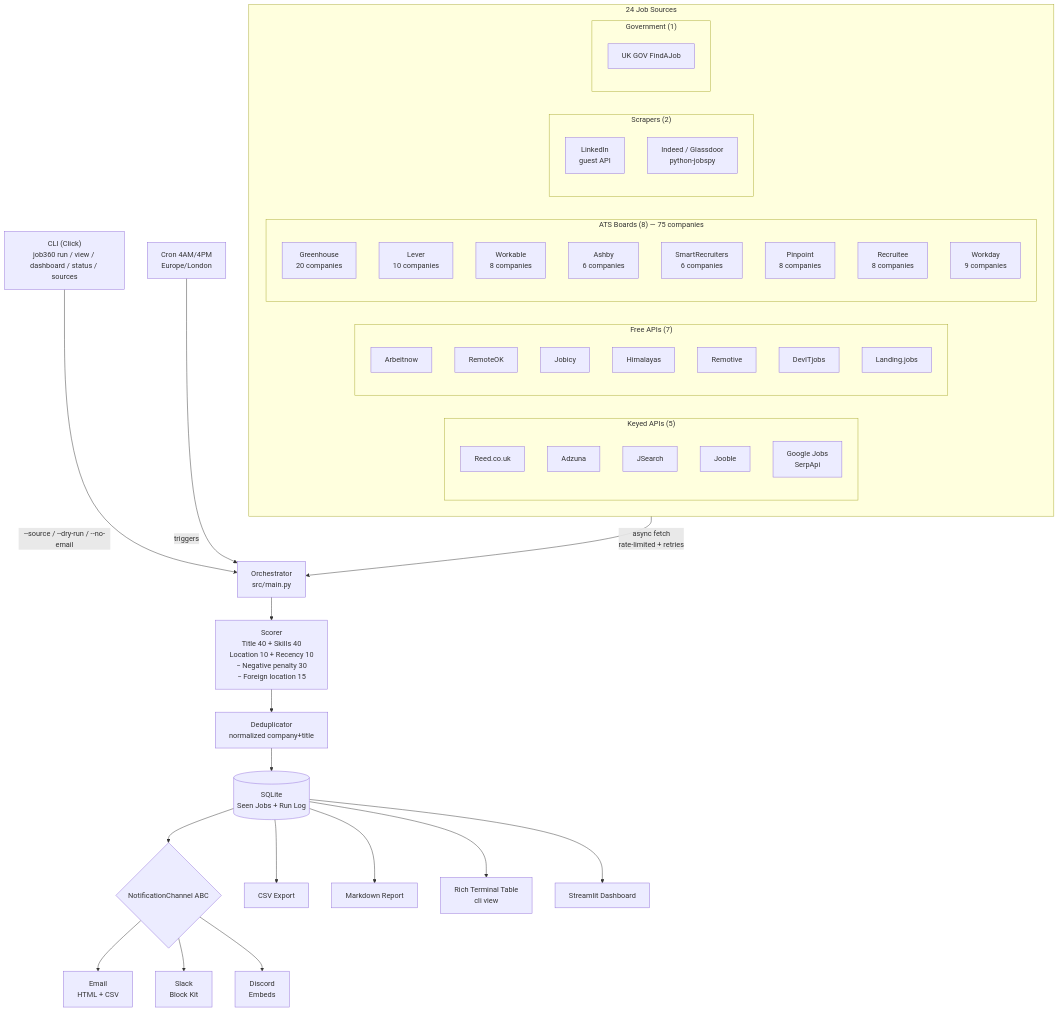
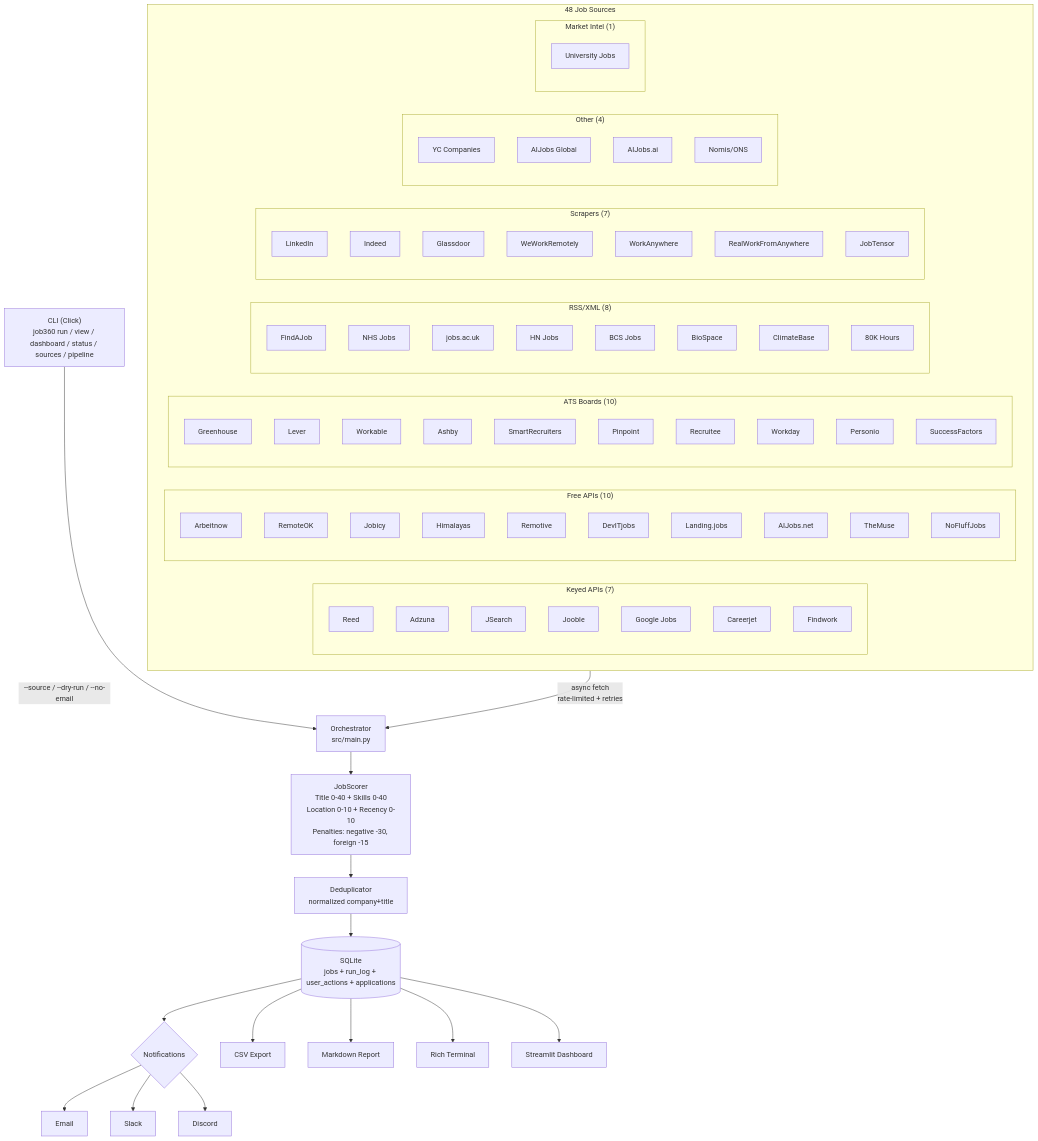
Before and after one commit to Ranjith36963/job360: the diagram in README.md, drawn with Mermaid. The commit also changed other lines of this file and 117 other files, not shown here.

First line of the commit message:
feat: v3.0.0 search engine overhaul — 8D scoring, embeddings, skill graph, reranker

````diff
--- a/README.md
+++ b/README.md
@@ -7,59 +7,50 @@
 ```mermaid
 flowchart TD
-    CLI["CLI (Click)\njob360 run / view / dashboard / status / sources"]
-    Cron["Cron 4AM/4PM\nEurope/London"]
+    CLI["CLI (Click)\njob360 run / view / dashboard / status / sources / pipeline"]
 
-    subgraph Sources["24 Job Sources"]
+    subgraph Sources["48 Job Sources"]
         direction LR
-        subgraph Keyed["Keyed APIs (5)"]
-            A1[Reed.co.uk]
-            A2[Adzuna]
-            A3[JSearch]
-            A4[Jooble]
-            A5[Google Jobs\nSerpApi]
+        subgraph Keyed["Keyed APIs (7)"]
+            A1[Reed] & A2[Adzuna] & A3[JSearch] & A4[Jooble]
+            A5[Google Jobs] & A6[Careerjet] & A7[Findwork]
         end
-        subgraph Free["Free APIs (7)"]
-            B1[Arbeitnow]
-            B2[RemoteOK]
-            B3[Jobicy]
-            B4[Himalayas]
-            B5[Remotive]
-            B6[DevITjobs]
-            B7[Landing.jobs]
+        subgraph Free["Free APIs (10)"]
+            B1[Arbeitnow] & B2[RemoteOK] & B3[Jobicy] & B4[Himalayas]
+            B5[Remotive] & B6[DevITjobs] & B7[Landing.jobs]
+            B8[AIJobs.net] & B9[TheMuse] & B10[NoFluffJobs]
         end
-        subgraph ATS["ATS Boards (8) — 75 companies"]
-            C1[Greenhouse\n20 companies]
-            C2[Lever\n10 companies]
-            C3[Workable\n8 companies]
-            C4[Ashby\n6 companies]
-            C5[SmartRecruiters\n6 companies]
-            C6[Pinpoint\n8 companies]
-            C7[Recruitee\n8 companies]
-            C8[Workday\n9 companies]
+        subgraph ATS["ATS Boards (10)"]
+            C1[Greenhouse] & C2[Lever] & C3[Workable] & C4[Ashby]
+            C5[SmartRecruiters] & C6[Pinpoint] & C7[Recruitee]
+            C8[Workday] & C9[Personio] & C10[SuccessFactors]
         end
-        subgraph Scrapers["Scrapers (2)"]
-            E1[LinkedIn\nguest API]
-            E2[Indeed / Glassdoor\npython-jobspy]
+        subgraph RSS["RSS/XML (8)"]
+            D1[FindAJob] & D2[NHS Jobs] & D3[jobs.ac.uk]
+            D4[HN Jobs] & D5[BCS Jobs] & D6[BioSpace]
+            D7[ClimateBase] & D8[80K Hours]
         end
-        subgraph Gov["Government (1)"]
-            D1[UK GOV FindAJob]
+        subgraph Scraper["Scrapers (7)"]
+            E1[LinkedIn] & E2[Indeed] & E3[Glassdoor]
+            E4[WeWorkRemotely] & E5[WorkAnywhere]
+            E6[RealWorkFromAnywhere] & E7[JobTensor]
+        end
+        subgraph Other["Other (4)"]
+            F1[YC Companies] & F2[AIJobs Global]
+            F3[AIJobs.ai] & F4[Nomis/ONS]
+        end
+        subgraph Intel["Market Intel (1)"]
+            G1[University Jobs]
         end
     end
 
     CLI -->|"--source / --dry-run / --no-email"| Orchestrator["Orchestrator\nsrc/main.py"]
-    Cron -->|triggers| Orchestrator
     Sources -->|async fetch\nrate-limited + retries| Orchestrator
-    Orchestrator --> Scorer["Scorer\nTitle 40 + Skills 40\nLocation 10 + Recency 10\n− Negative penalty 30\n− Foreign location 15"]
-    Scorer --> Dedup[Deduplicator\nnormalized company+title]
-    Dedup --> DB[(SQLite\nSeen Jobs + Run Log)]
+    Orchestrator --> Scorer["JobScorer\nTitle 0-40 + Skills 0-40\nLocation 0-10 + Recency 0-10\nPenalties: negative -30, foreign -15"]
+    Scorer --> Dedup["Deduplicator\nnormalized company+title"]
+    Dedup --> DB[(SQLite\njobs + run_log + user_actions + applications)]
 
-    DB --> Channels{NotificationChannel ABC}
-    Channels --> Email[Email\nHTML + CSV]
-    Channels --> Slack[Slack\nBlock Kit]
-    Channels --> Discord[Discord\nEmbeds]
-
-    DB --> CSV[CSV Export]
-    DB --> Report[Markdown Report]
-    DB --> RichTable[Rich Terminal Table\ncli view]
-    DB --> Dashboard[Streamlit Dashboard]
+    DB --> Channels{Notifications}
+    Channels --> Email[Email] & Slack[Slack] & Discord[Discord]
+    DB --> CSV[CSV Export] & Report[Markdown Report]
+    DB --> RichTable[Rich Terminal] & Dashboard[Streamlit Dashboard]
 ```
````
